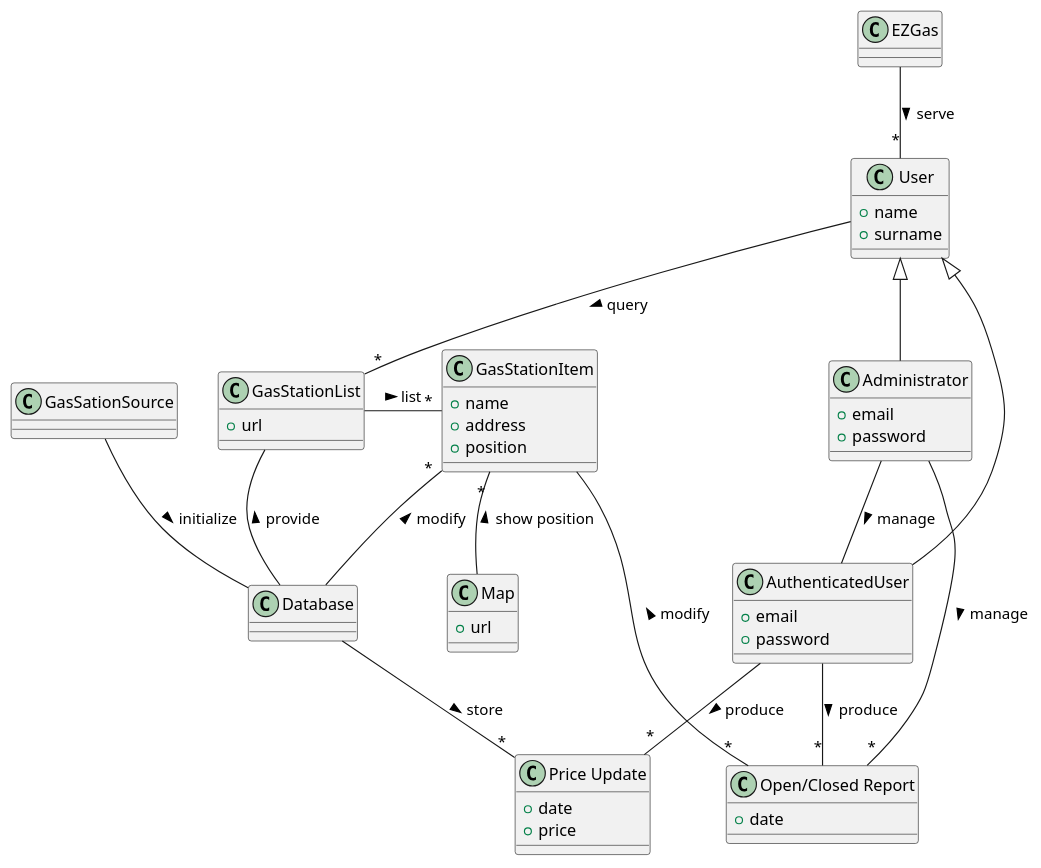
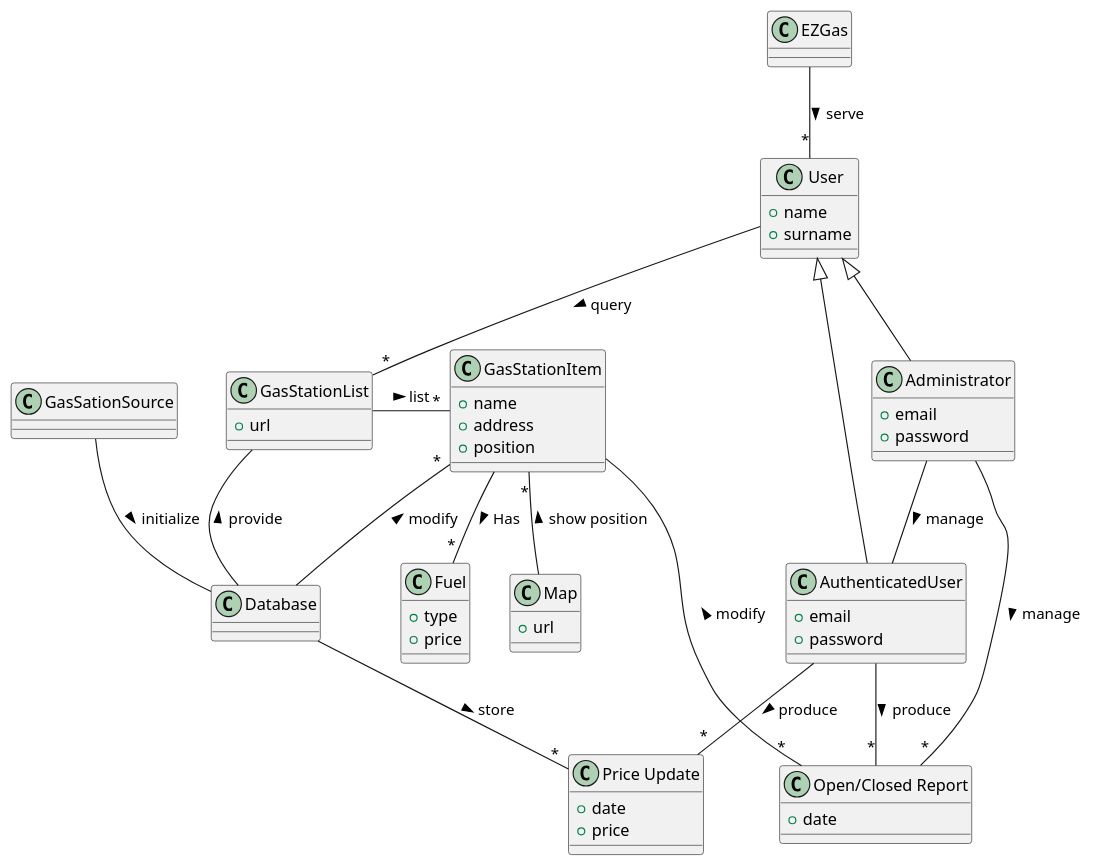
The third of 4 diagrams in docs/RequirementsDocument.md (aureliocirella/se1-ezgas), drawn with PlantUML before and after one commit.

Commit message:
fix: add Fuel to glossary

````diff
--- a/docs/RequirementsDocument.md
+++ b/docs/RequirementsDocument.md
@@ -440,58 +440,64 @@
 ```plantuml
 class User {
 + name
 + surname
 }
 class Administrator {
 + email
 + password
 
+}
+
+class Fuel {
++type
++price
 }
 
 class GasStationList {
 +url
 }
 
 class GasStationItem {
 + name
 + address
 + position
 }
 
 class "Open/Closed Report"{
 + date
 
 }
 
 class "Price Update"{
 + date
 + price
 }
 
 class Map {
 + url
 
 }
 
 class AuthenticatedUser{
 + email
 + password
 
 }
 
 EZGas -- "*" User :serve >
 GasSationSource -down- Database :  initialize > 
 Database -- GasStationList : provide >
 Administrator -- AuthenticatedUser: manage >
 User <|-- Administrator 
 GasStationList -right- "*" GasStationItem :list >
 User <|-right- AuthenticatedUser 
 GasStationItem "*"-- Map : < show position
 User -- "*"  GasStationList : query >
 GasStationItem -- "*" "Open/Closed Report" :< modify 
 Administrator -- "*"  "Open/Closed Report" :  manage >
 Database -- "*"  "Price Update" :  store >
 AuthenticatedUser-- "*" "Open/Closed Report" : produce >
 AuthenticatedUser-- "*"  "Price Update" : produce >
 GasStationItem "*" -- Database : < modify
+GasStationItem  -- "*" Fuel : > Has
 ```
````
